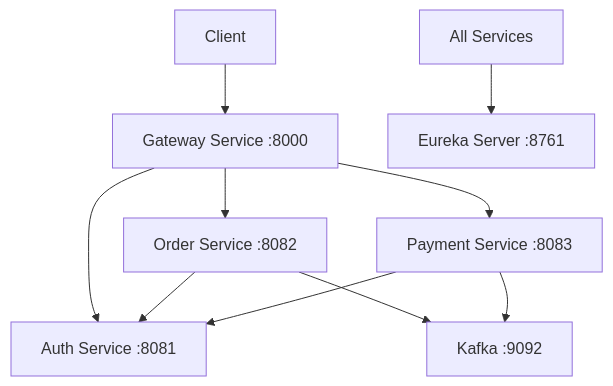
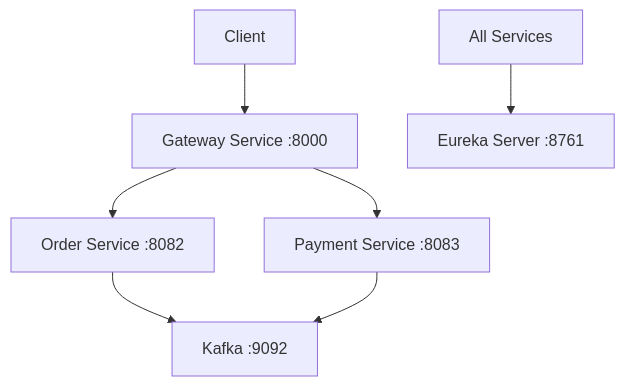
The diagram in README.md (yongchulShin/order-payment-ms), drawn with Mermaid before and after one commit. The commit also changed other lines of this file, not shown here.

````diff
--- a/README.md
+++ b/README.md
@@ -219,12 +131,9 @@
 ```mermaid
 graph TD
     Client[Client] --> Gateway[Gateway Service :8000]
-    Gateway --> Auth[Auth Service :8081]
     Gateway --> Order[Order Service :8082]
     Gateway --> Payment[Payment Service :8083]
     Order --> Kafka[Kafka :9092]
     Payment --> Kafka
-    Order --> Auth
-    Payment --> Auth
     All[All Services] --> Eureka[Eureka Server :8761]
 ```
````
